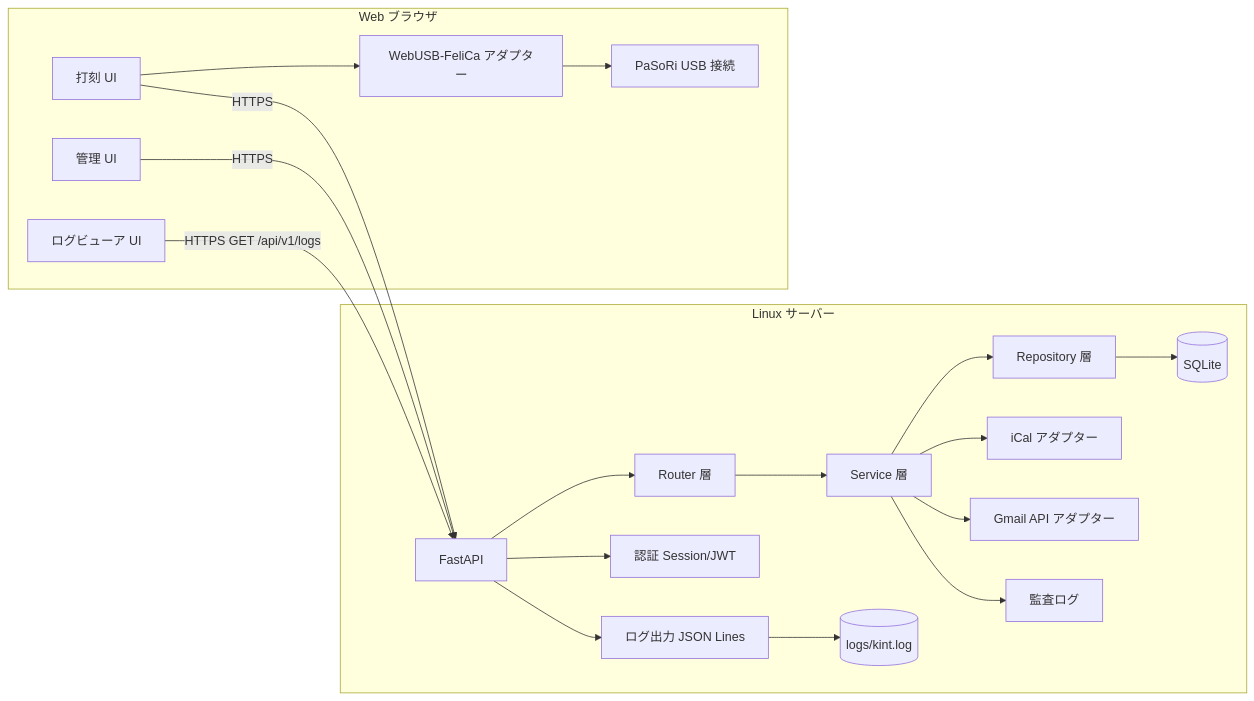
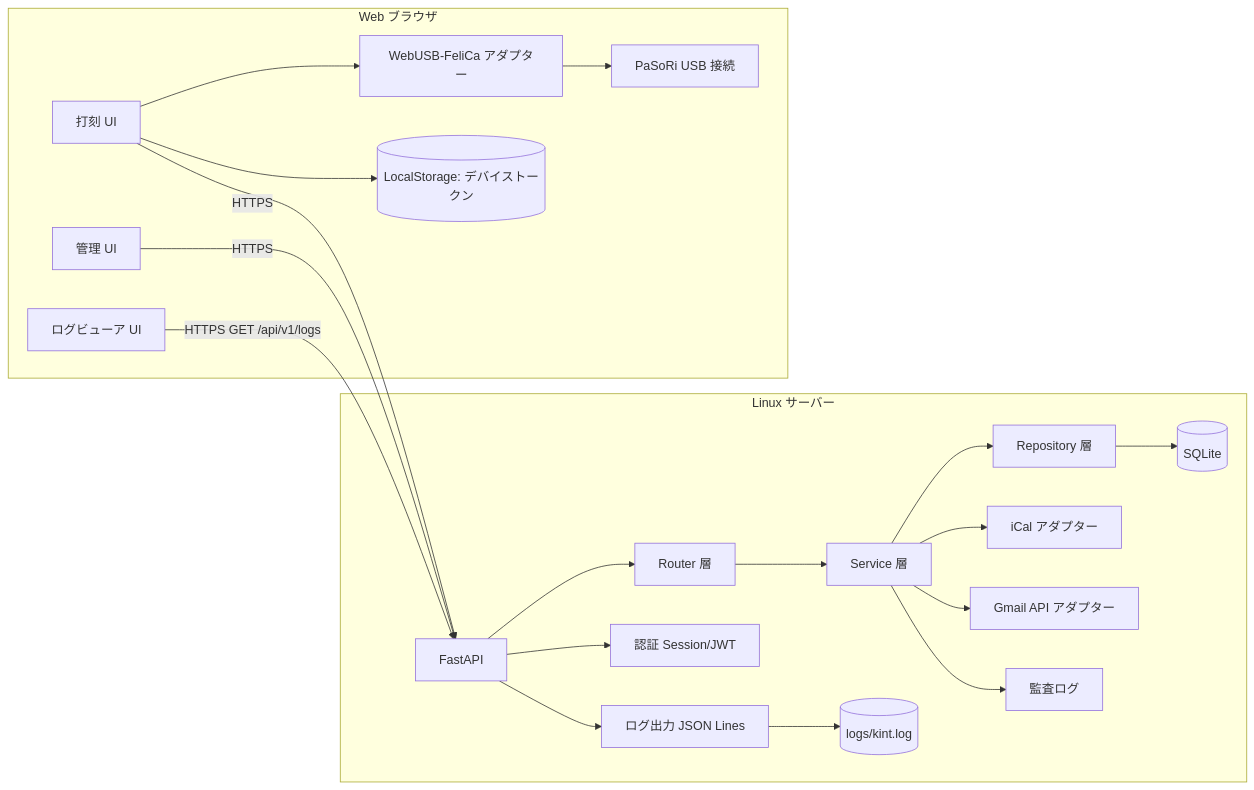
One commit to tukumanalab/kint changed the first of 3 diagrams in docs/architecture.md. Above: the diagram before and after it, drawn with Mermaid. The commit also changed other lines of this file and 12 other files, not shown here.

````diff
--- a/docs/architecture.md
+++ b/docs/architecture.md
@@ -10,36 +10,38 @@
 ```mermaid
 flowchart LR
   subgraph Server[Linux サーバー]
     API[FastAPI]
     Router[Router 層]
     Service[Service 層]
     Repo[Repository 層]
     DB[(SQLite)]
     Calendar[iCal アダプター]
     Mail[Gmail API アダプター]
     Auth[認証 Session/JWT]
     Audit[監査ログ]
     Logger[ログ出力 JSON Lines]
     LogFile[(logs/kint.log)]
   end
 
   subgraph Browser[Web ブラウザ]
     PunchUI[打刻 UI]
     AdminUI[管理 UI]
     LogUI[ログビューア UI]
     USB[WebUSB-FeliCa アダプター]
     Reader[PaSoRi USB 接続]
+    LS[(LocalStorage: デバイストークン)]
   end
 
+  PunchUI --> LS
   PunchUI --> USB --> Reader
   PunchUI -->|HTTPS| API
   AdminUI -->|HTTPS| API
   LogUI -->|HTTPS GET /api/v1/logs| API
 
   API --> Router --> Service --> Repo --> DB
   Service --> Calendar
   Service --> Mail
   API --> Auth
   Service --> Audit
   API --> Logger --> LogFile
 ```
````
